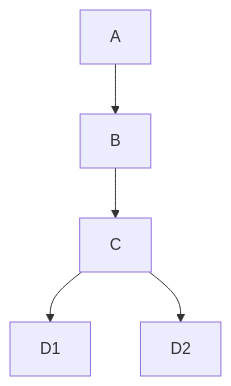
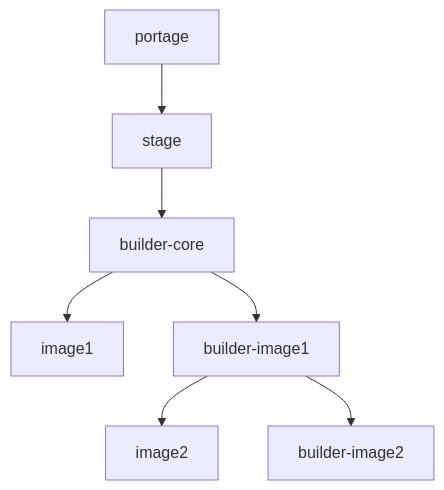
The diagram in ansible/kubler.md (cainam/home-cluster-deployment), drawn with Mermaid before and after one commit.

````diff
--- a/ansible/kubler.md
+++ b/ansible/kubler.md
@@ -8,7 +8,9 @@
 ```mermaid
 graph TD; 
-  A-->B;
-  B-->C;
-  C-->D1;
-  C-->D2;
+  portage-->stage;
+  stage-->builder-core;
+  builder-core-->image1;
+  builder-core-->builder-image1;
+  builder-image1-->image2;
+  builder-image1-->builder-image2
 ```
````
